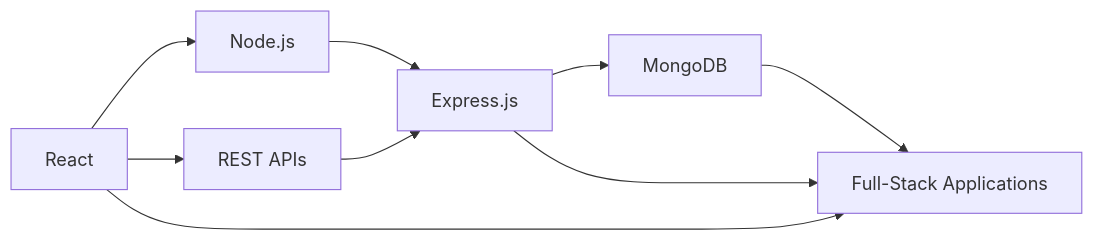
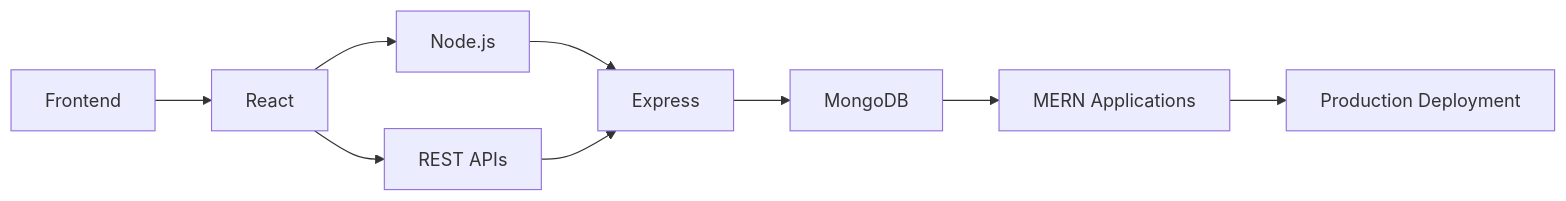
One commit to Faizan-khan144/Faizan-khan144 changed the diagram in README.md. Above: the diagram before and after it, drawn with Mermaid. The commit also changed other lines of this file, not shown here.

````diff
--- a/README.md
+++ b/README.md
@@ -228,13 +218,13 @@
 ```mermaid
 flowchart LR
-    A["React"] --> B["Node.js"]
-    B --> C["Express.js"]
-    C --> D["MongoDB"]
+    A["Frontend"] --> B["React"]
+    B --> C["Node.js"]
+    C --> D["Express"]
+    D --> E["MongoDB"]
+    E --> F["MERN Applications"]
 
-    A --> E["REST APIs"]
-    E --> C
+    B --> G["REST APIs"]
+    G --> D
 
-    D --> F["Full-Stack Applications"]
-    C --> F
-    A --> F
+    F --> H["Production Deployment"]
 ```
````
